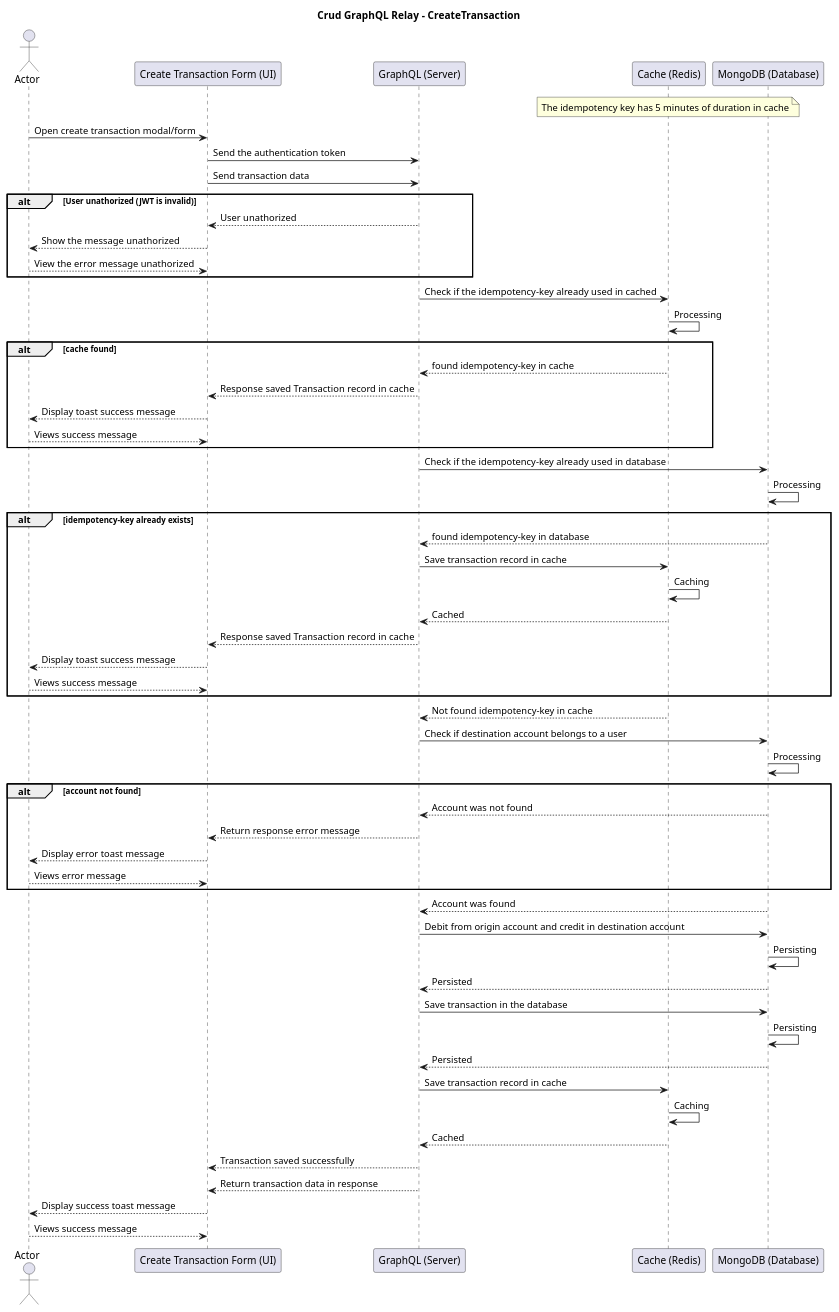
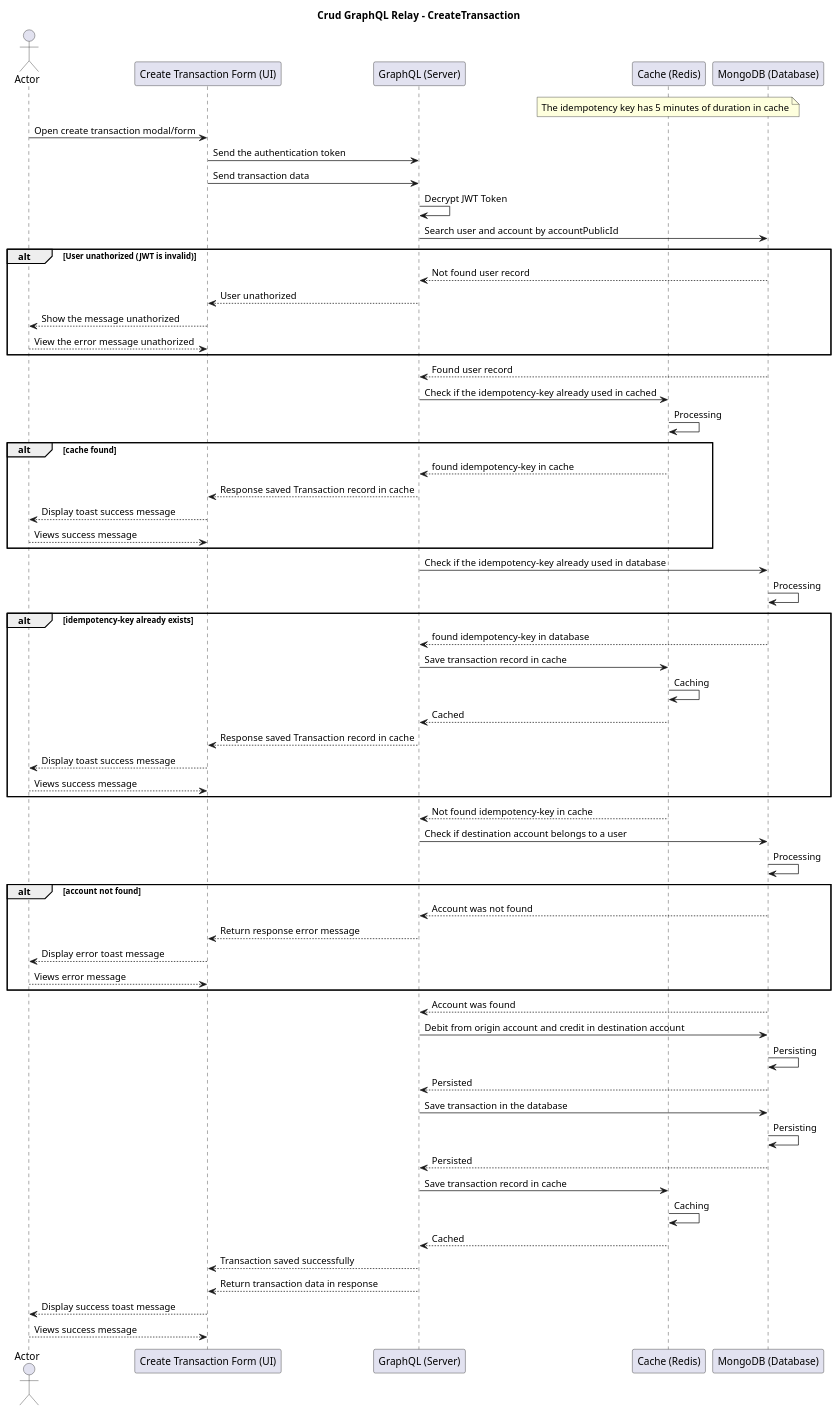
One commit to HallexCosta/woovi-fullstack-challenger changed the diagram in docs/diagrams/en-US/crud-graphql-relay-sequence-diagram.plantuml. Above: the diagram before and after it, drawn with PlantUML. The commit also changed 1 other file, not shown here.

Commit message:
docs: add in diagram decrypt jwt and find account

```diff
--- a/docs/diagrams/en-US/crud-graphql-relay-sequence-diagram.plantuml
+++ b/docs/diagrams/en-US/crud-graphql-relay-sequence-diagram.plantuml
@@ -1,67 +1,71 @@
 @startuml Crud GraphQL Relay - CreateTransaction
 actor "Actor"
 title Crud GraphQL Relay - CreateTransaction
 
 participant "Create Transaction Form (UI)" as CreateTransactionForm
 participant "GraphQL (Server)" as GraphQLServer
 participant "Cache (Redis)" as RedisCache
 participant "MongoDB (Database)" as MongoDB
 
 note over RedisCache: The idempotency key has 5 minutes of duration in cache
 
 "Actor"-> CreateTransactionForm: Open create transaction modal/form
 CreateTransactionForm -> GraphQLServer: Send the authentication token
 CreateTransactionForm -> GraphQLServer: Send transaction data
+GraphQLServer -> GraphQLServer: Decrypt JWT Token
+GraphQLServer -> MongoDB: Search user and account by accountPublicId
 
 alt User unathorized (JWT is invalid)
+  GraphQLServer <-- MongoDB: Not found user record
   CreateTransactionForm <-- GraphQLServer: User unathorized
   "Actor" <-- CreateTransactionForm: Show the message unathorized
   return View the error message unathorized
 end
 
+GraphQLServer <-- MongoDB: Found user record
 GraphQLServer -> RedisCache: Check if the idempotency-key already used in cached
 RedisCache -> RedisCache: Processing
 alt cache found
   GraphQLServer <-- RedisCache: found idempotency-key in cache
   CreateTransactionForm <-- GraphQLServer: Response saved Transaction record in cache
   "Actor" <-- CreateTransactionForm: Display toast success message
   return Views success message
 end 
 
 GraphQLServer -> MongoDB: Check if the idempotency-key already used in database
 MongoDB -> MongoDB: Processing
 alt idempotency-key already exists
   GraphQLServer <-- MongoDB: found idempotency-key in database
   GraphQLServer -> RedisCache: Save transaction record in cache
   RedisCache -> RedisCache: Caching
   GraphQLServer <-- RedisCache: Cached
   CreateTransactionForm <-- GraphQLServer: Response saved Transaction record in cache
   "Actor" <-- CreateTransactionForm: Display toast success message
   return Views success message
 end
 
 GraphQLServer <-- RedisCache: Not found idempotency-key in cache
 GraphQLServer -> MongoDB: Check if destination account belongs to a user
 MongoDB -> MongoDB: Processing
 alt account not found
   GraphQLServer<-- MongoDB: Account was not found
   CreateTransactionForm<-- GraphQLServer: Return response error message
   "Actor" <-- CreateTransactionForm: Display error toast message
   return Views error message
 end
 GraphQLServer<-- MongoDB: Account was found
 GraphQLServer -> MongoDB: Debit from origin account and credit in destination account
 MongoDB -> MongoDB: Persisting
 GraphQLServer <-- MongoDB: Persisted
 GraphQLServer -> MongoDB: Save transaction in the database
 MongoDB -> MongoDB: Persisting
 GraphQLServer <-- MongoDB: Persisted
 GraphQLServer -> RedisCache: Save transaction record in cache
 RedisCache -> RedisCache: Caching
 GraphQLServer <-- RedisCache: Cached
 
 CreateTransactionForm <--GraphQLServer: Transaction saved successfully
 CreateTransactionForm <--GraphQLServer: Return transaction data in response
 "Actor" <--CreateTransactionForm: Display success toast message
 return Views success message
 @enduml
```
